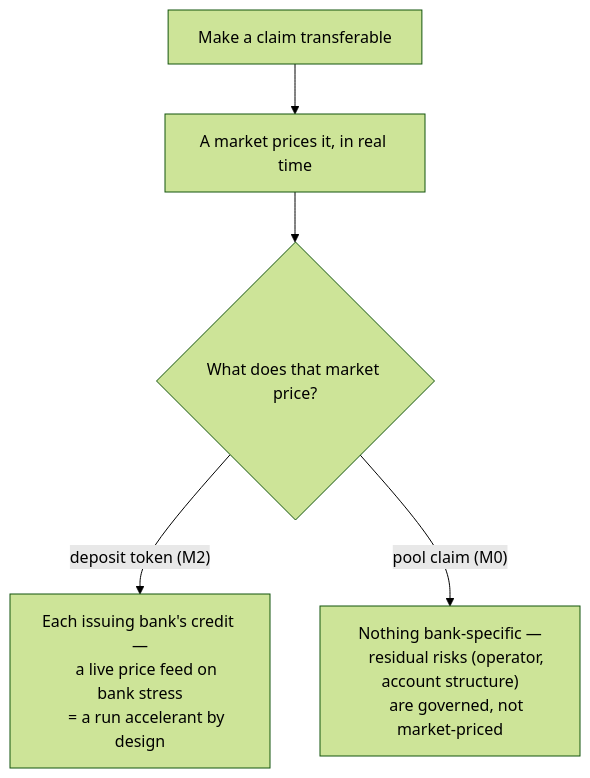
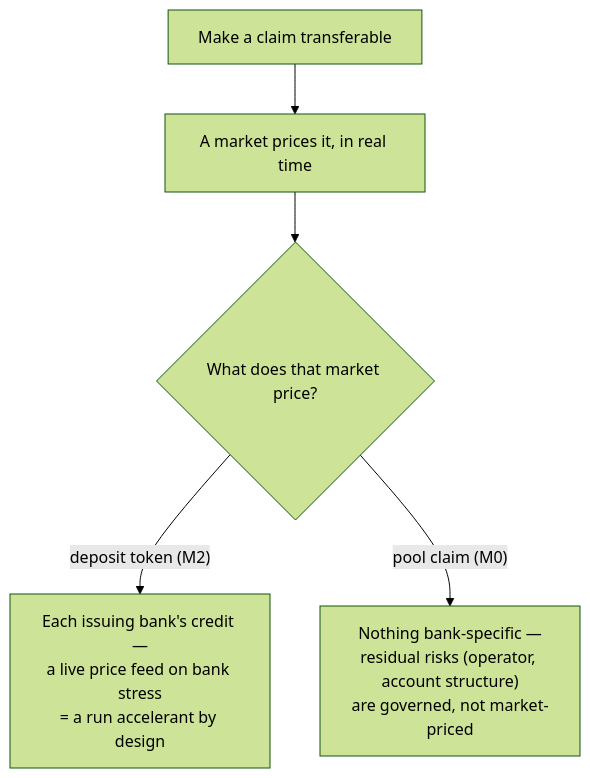
One commit to wfblockchain/sovereign-settlement-model changed the first of 4 diagrams in README.md. Above: the diagram before and after it, drawn with Mermaid (forest theme). The commit also changed other lines of this file, not shown here.

First line of the commit message:
README: mermaid syntax GitHub's renderer accepts

````diff
--- a/README.md
+++ b/README.md
@@ -28,11 +28,7 @@
 ```mermaid
 flowchart TB
     T["Make a claim transferable"] --> M["A market prices it, in real time"]
     M --> Q{"What does that market price?"}
-    Q -->|"deposit token (M2)"| R1["Each issuing bank's credit —
-    a live price feed on bank stress
-    = a run accelerant by design"]
-    Q -->|"pool claim (M0)"| R2["Nothing bank-specific —
-    residual risks (operator, account structure)
-    are governed, not market-priced"]
+    Q -->|"deposit token (M2)"| R1["Each issuing bank's credit —<br/>a live price feed on bank stress<br/>= a run accelerant by design"]
+    Q -->|"pool claim (M0)"| R2["Nothing bank-specific —<br/>residual risks (operator, account structure)<br/>are governed, not market-priced"]
 ```
````
